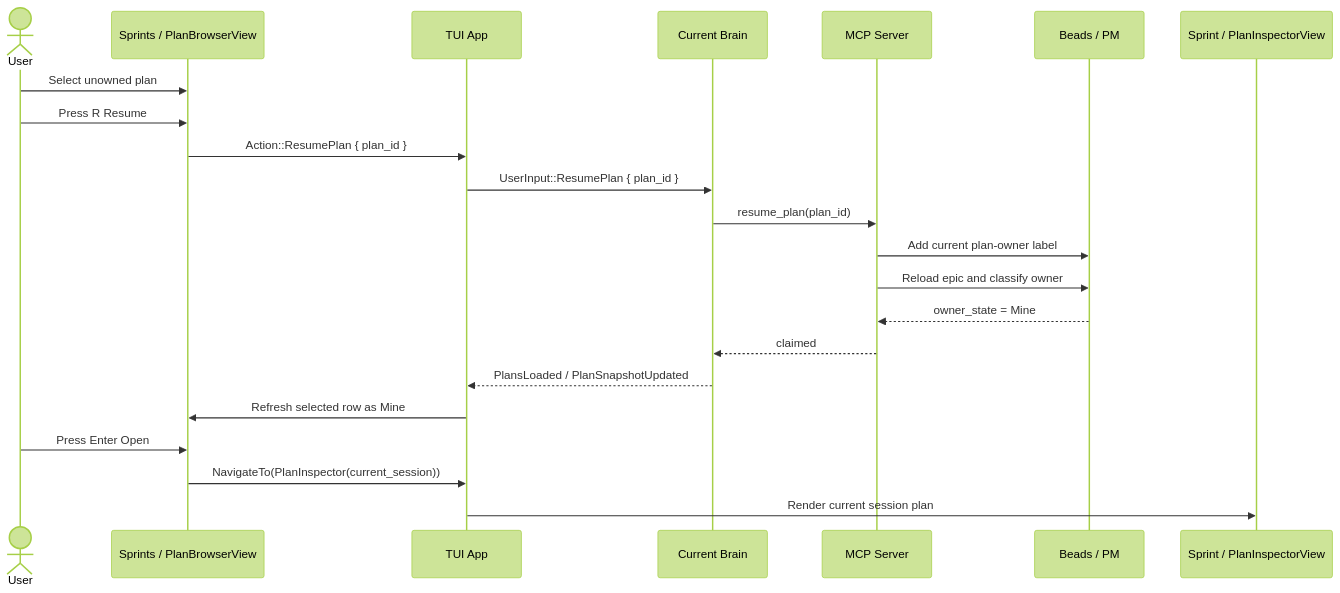
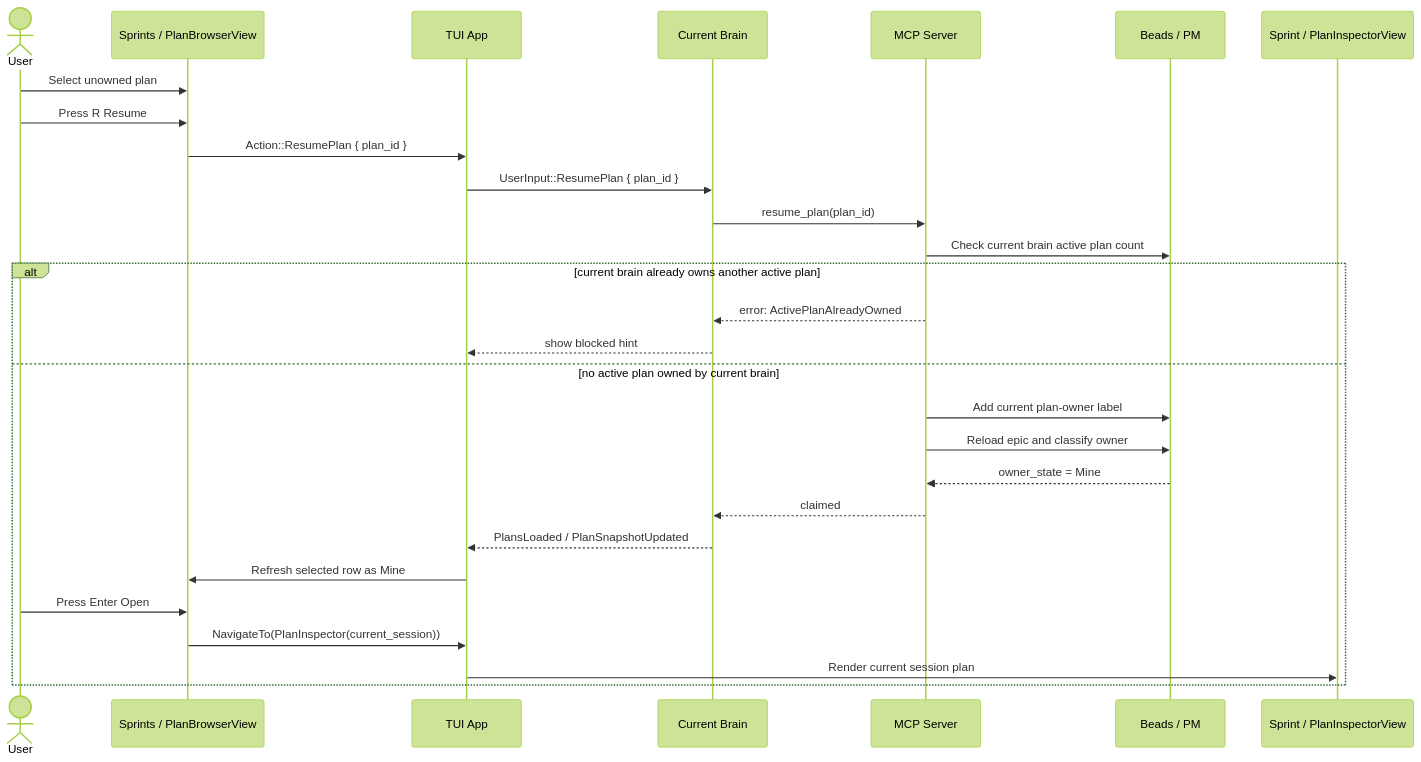
The third of 9 diagrams in docs/superpowers/specs/2026-05-02-tui-backlog-sprints-sprint-navigation-design.md (getspur/spur), drawn with Mermaid (forest theme) before and after one commit. The commit also changed other lines of this file, not shown here.

Commit message:
docs(spur-tui): enforce one active sprint per brain

````diff
--- a/docs/superpowers/specs/2026-05-02-tui-backlog-sprints-sprint-navigation-design.md
+++ b/docs/superpowers/specs/2026-05-02-tui-backlog-sprints-sprint-navigation-design.md
@@ -289,25 +333,31 @@
 ```mermaid
 sequenceDiagram
     actor U as User
     participant S as Sprints / PlanBrowserView
     participant App as TUI App
     participant Brain as Current Brain
     participant MCP as MCP Server
     participant PM as Beads / PM
     participant I as Sprint / PlanInspectorView
 
     U->>S: Select unowned plan
     U->>S: Press R Resume
     S->>App: Action::ResumePlan { plan_id }
     App->>Brain: UserInput::ResumePlan { plan_id }
     Brain->>MCP: resume_plan(plan_id)
+    MCP->>PM: Check current brain active plan count
+    alt current brain already owns another active plan
+        MCP-->>Brain: error: ActivePlanAlreadyOwned
+        Brain-->>App: show blocked hint
+    else no active plan owned by current brain
     MCP->>PM: Add current plan-owner label
     MCP->>PM: Reload epic and classify owner
     PM-->>MCP: owner_state = Mine
     MCP-->>Brain: claimed
     Brain-->>App: PlansLoaded / PlanSnapshotUpdated
     App->>S: Refresh selected row as Mine
     U->>S: Press Enter Open
     S->>App: NavigateTo(PlanInspector(current_session))
     App->>I: Render current session plan
+    end
 ```
````
